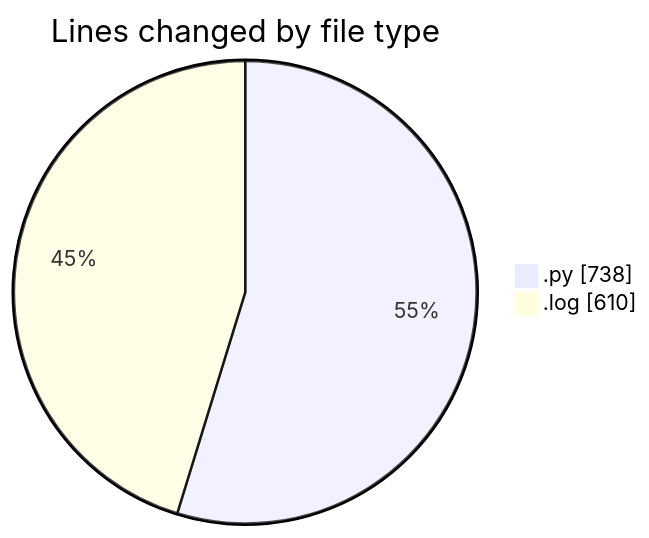
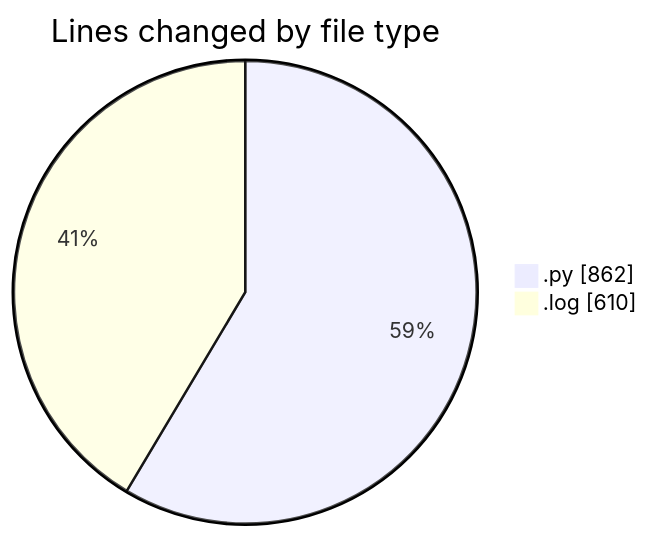
One commit to momahboobian/code-tracking changed the first of 2 diagrams in 2025-05-07/samplepdf/README.md. Above: the diagram before and after it, drawn with Mermaid. The commit also changed other lines of this file and 1 other file, not shown here.

````diff
--- a/2025-05-07/samplepdf/README.md
+++ b/2025-05-07/samplepdf/README.md
@@ -28,6 +29,6 @@
 ```mermaid
 pie showData
 title Lines changed by file type
-".py" : 738
+".py" : 862
 ".log" : 610
 ```
````
